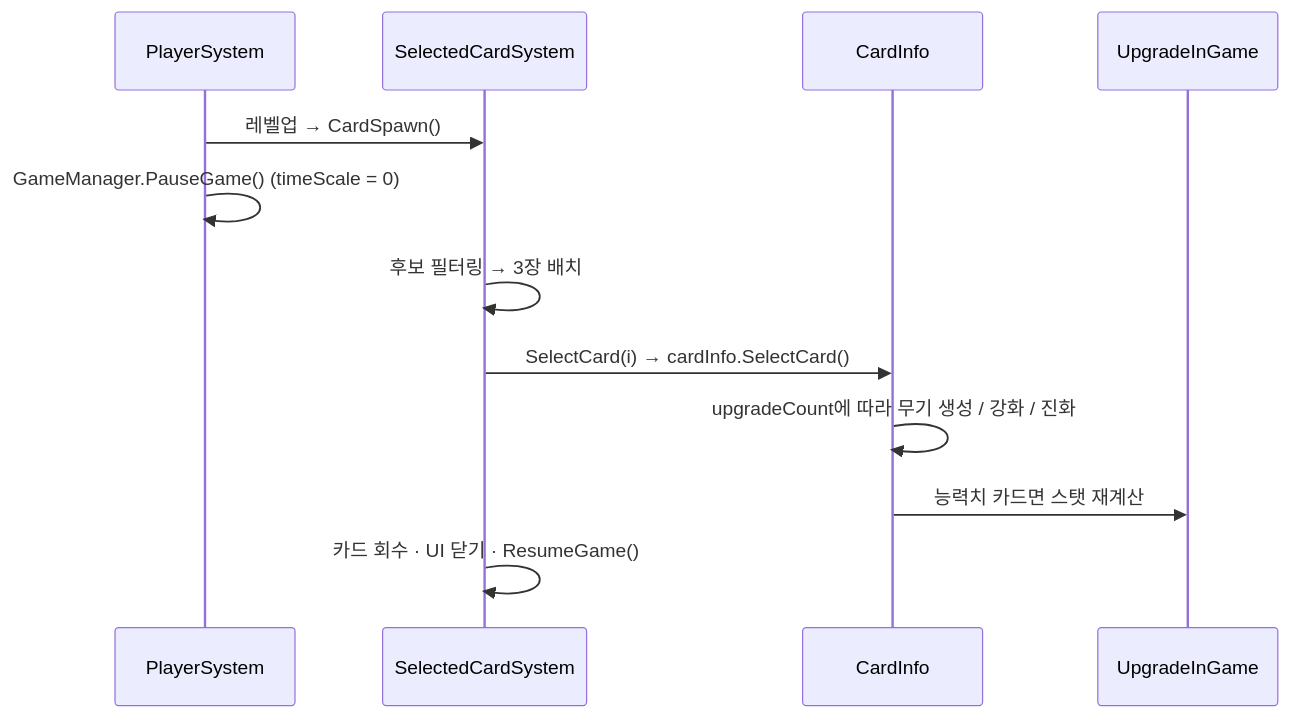
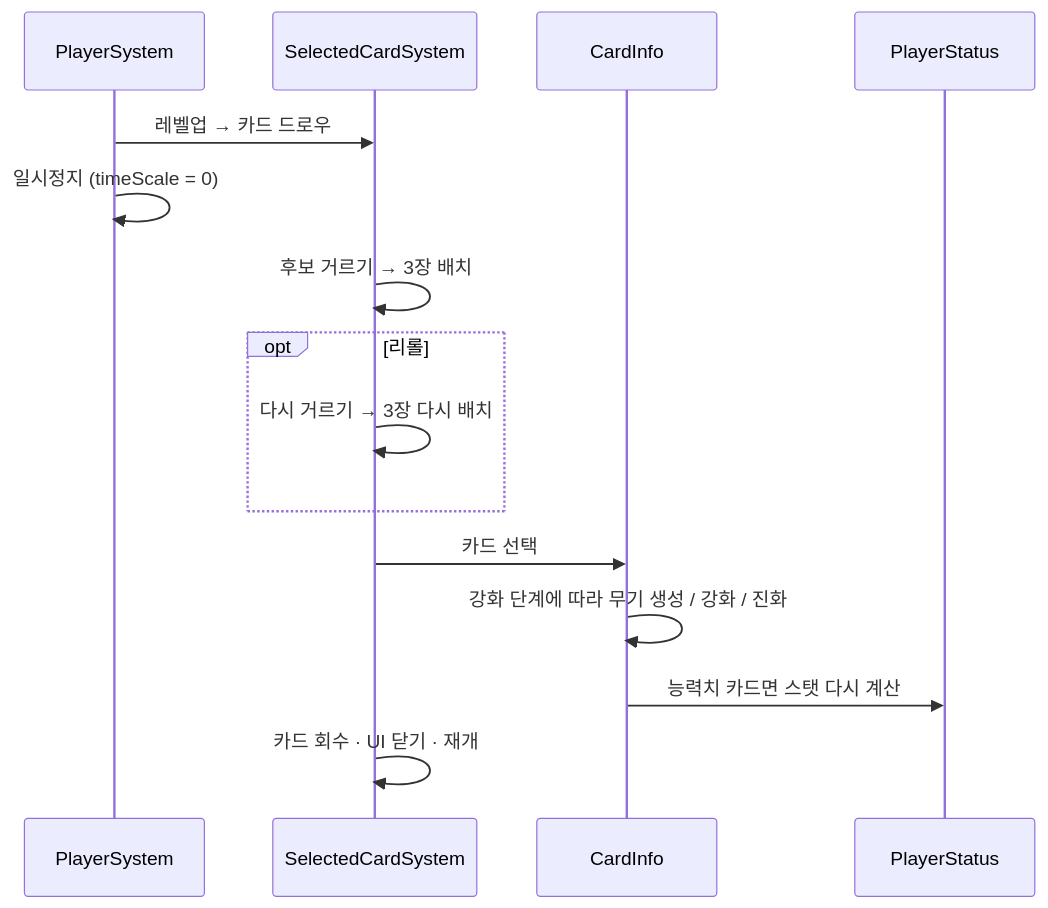
The sixth of 10 diagrams in src/03-dgs/기술문서.md (NaJungWon/portfolio), drawn with Mermaid before and after one commit. The commit also changed other lines of this file and 4 other files, not shown here.

````diff
--- a/src/03-dgs/기술문서.md
+++ b/src/03-dgs/기술문서.md
@@ -318,14 +402,17 @@
 ```mermaid
 sequenceDiagram
     participant P as PlayerSystem
     participant S as SelectedCardSystem
     participant C as CardInfo
-    participant U as UpgradeInGame
-    P->>S: 레벨업 → CardSpawn()
-    P->>P: GameManager.PauseGame() (timeScale = 0)
-    S->>S: 후보 필터링 → 3장 배치
-    S->>C: SelectCard(i) → cardInfo.SelectCard()
-    C->>C: upgradeCount에 따라 무기 생성 / 강화 / 진화
-    C->>U: 능력치 카드면 스탯 재계산
-    S->>S: 카드 회수 · UI 닫기 · ResumeGame()
+    participant U as PlayerStatus
+    P->>S: 레벨업 → 카드 드로우
+    P->>P: 일시정지 (timeScale = 0)
+    S->>S: 후보 거르기 → 3장 배치
+    opt 리롤
+        S->>S: 다시 거르기 → 3장 다시 배치
+    end
+    S->>C: 카드 선택
+    C->>C: 강화 단계에 따라 무기 생성 / 강화 / 진화
+    C->>U: 능력치 카드면 스탯 다시 계산
+    S->>S: 카드 회수 · UI 닫기 · 재개
 ```
````
